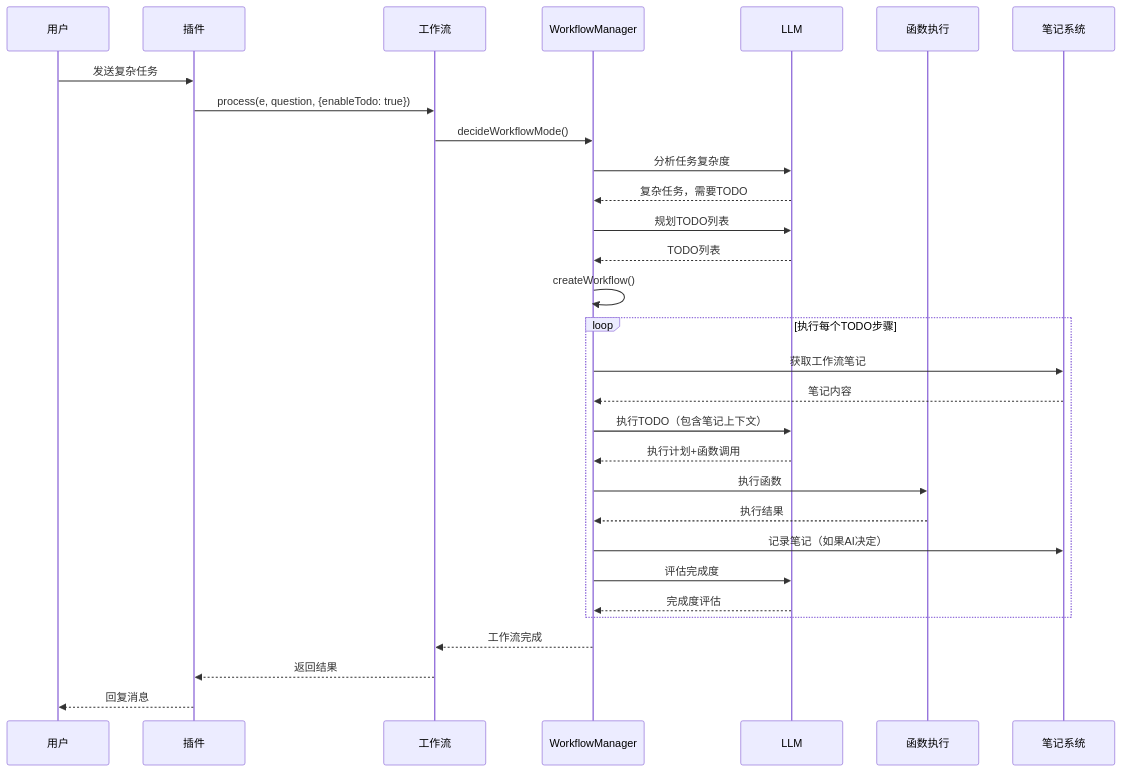
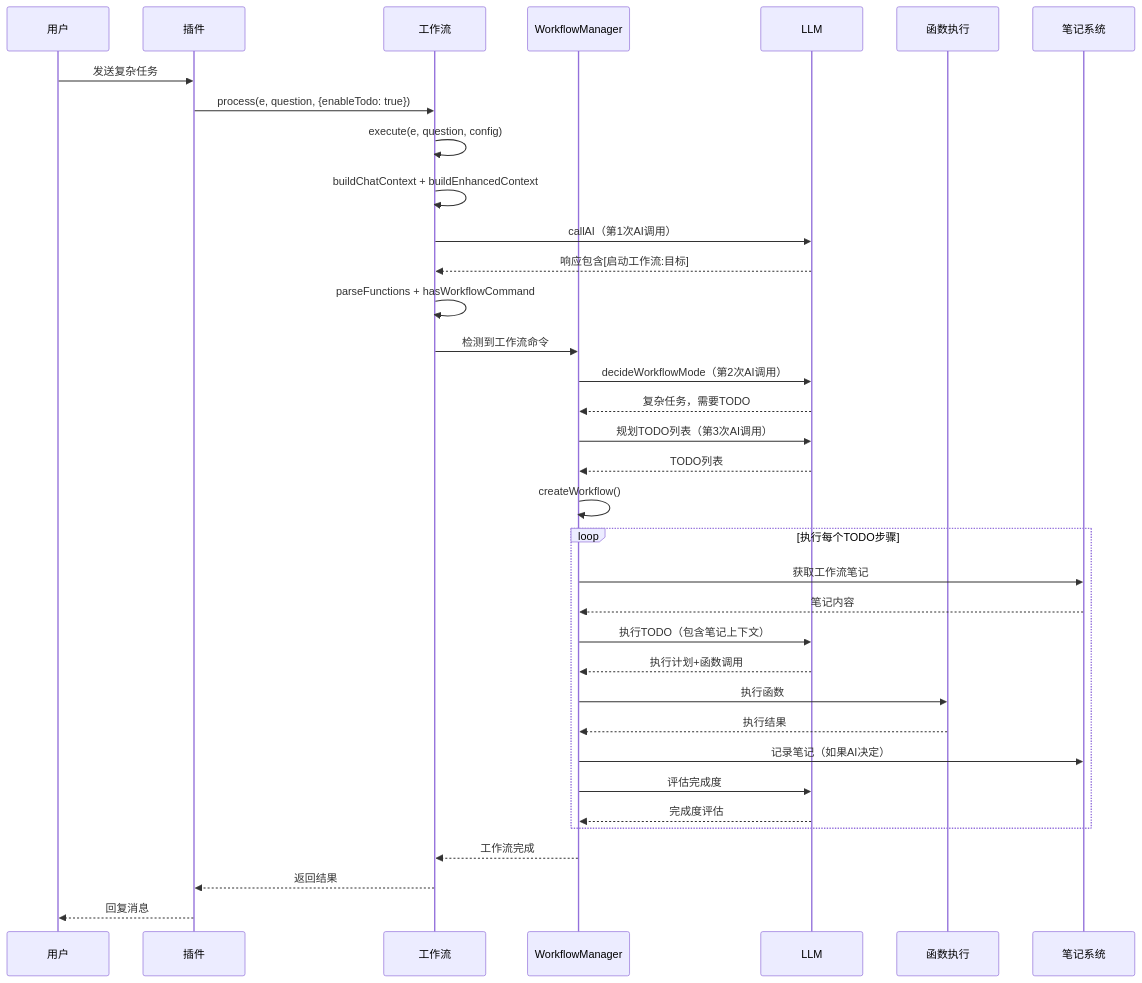
Before and after one commit to sunflowermm/XRK-AGT: the diagram in docs/workflow-complex-task-example.md, drawn with Mermaid. The commit also changed other lines of this file and 9 other files, not shown here.

````diff
--- a/docs/workflow-complex-task-example.md
+++ b/docs/workflow-complex-task-example.md
@@ -38,35 +38,40 @@
 ```mermaid
 sequenceDiagram
     participant User as 用户
     participant Plugin as 插件
     participant Stream as 工作流
     participant Manager as WorkflowManager
     participant LLM as LLM
     participant Func as 函数执行
     participant Notes as 笔记系统
     
     User->>Plugin: 发送复杂任务
     Plugin->>Stream: process(e, question, {enableTodo: true})
-    Stream->>Manager: decideWorkflowMode()
-    Manager->>LLM: 分析任务复杂度
+    Stream->>Stream: execute(e, question, config)
+    Stream->>Stream: buildChatContext + buildEnhancedContext
+    Stream->>LLM: callAI（第1次AI调用）
+    LLM-->>Stream: 响应包含[启动工作流:目标]
+    Stream->>Stream: parseFunctions + hasWorkflowCommand
+    Stream->>Manager: 检测到工作流命令
+    Manager->>LLM: decideWorkflowMode（第2次AI调用）
     LLM-->>Manager: 复杂任务，需要TODO
-    Manager->>LLM: 规划TODO列表
+    Manager->>LLM: 规划TODO列表（第3次AI调用）
     LLM-->>Manager: TODO列表
     Manager->>Manager: createWorkflow()
     
     loop 执行每个TODO步骤
         Manager->>Notes: 获取工作流笔记
         Notes-->>Manager: 笔记内容
         Manager->>LLM: 执行TODO（包含笔记上下文）
         LLM-->>Manager: 执行计划+函数调用
         Manager->>Func: 执行函数
         Func-->>Manager: 执行结果
         Manager->>Notes: 记录笔记（如果AI决定）
         Manager->>LLM: 评估完成度
         LLM-->>Manager: 完成度评估
     end
     
     Manager-->>Stream: 工作流完成
     Stream-->>Plugin: 返回结果
     Plugin-->>User: 回复消息
 ```
````
